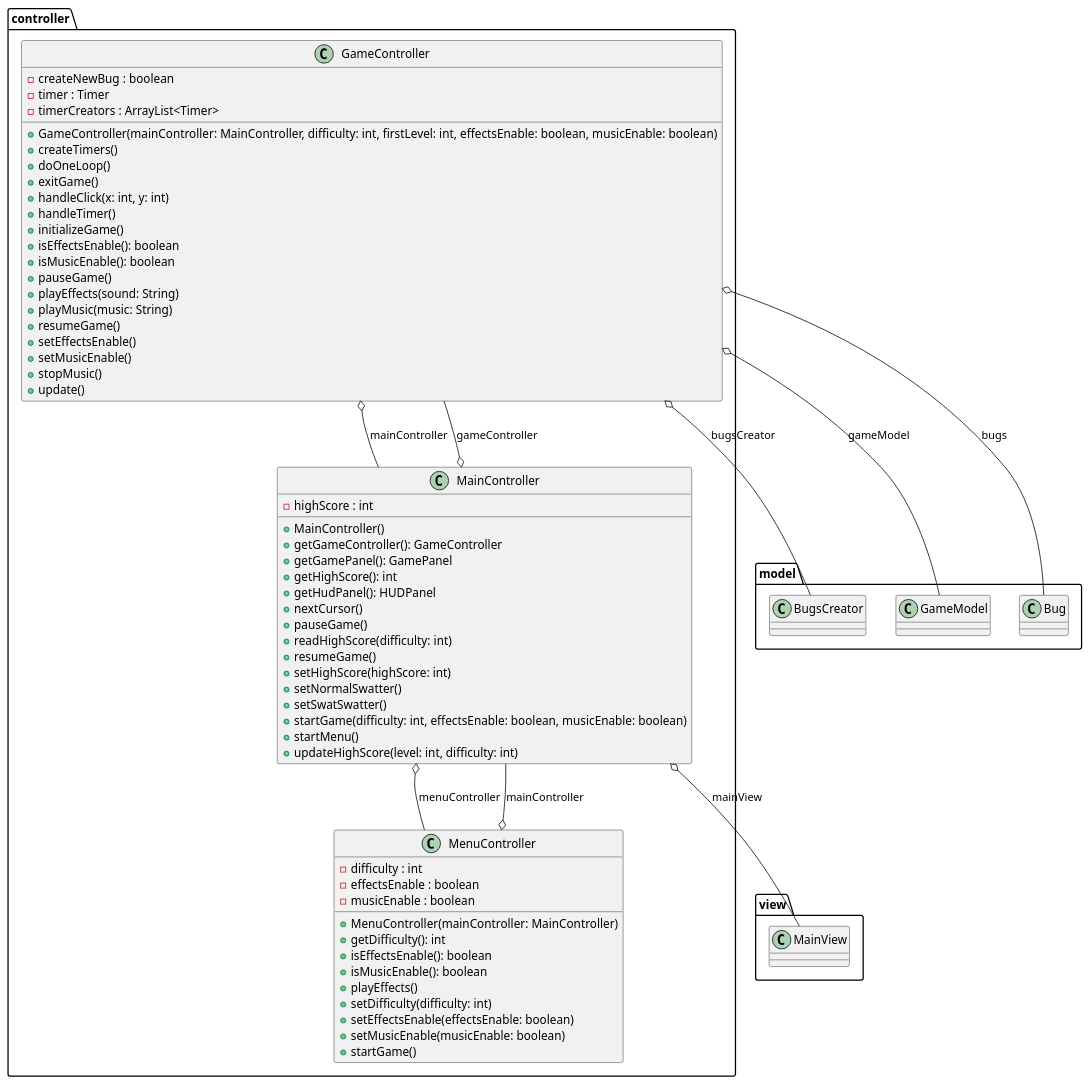
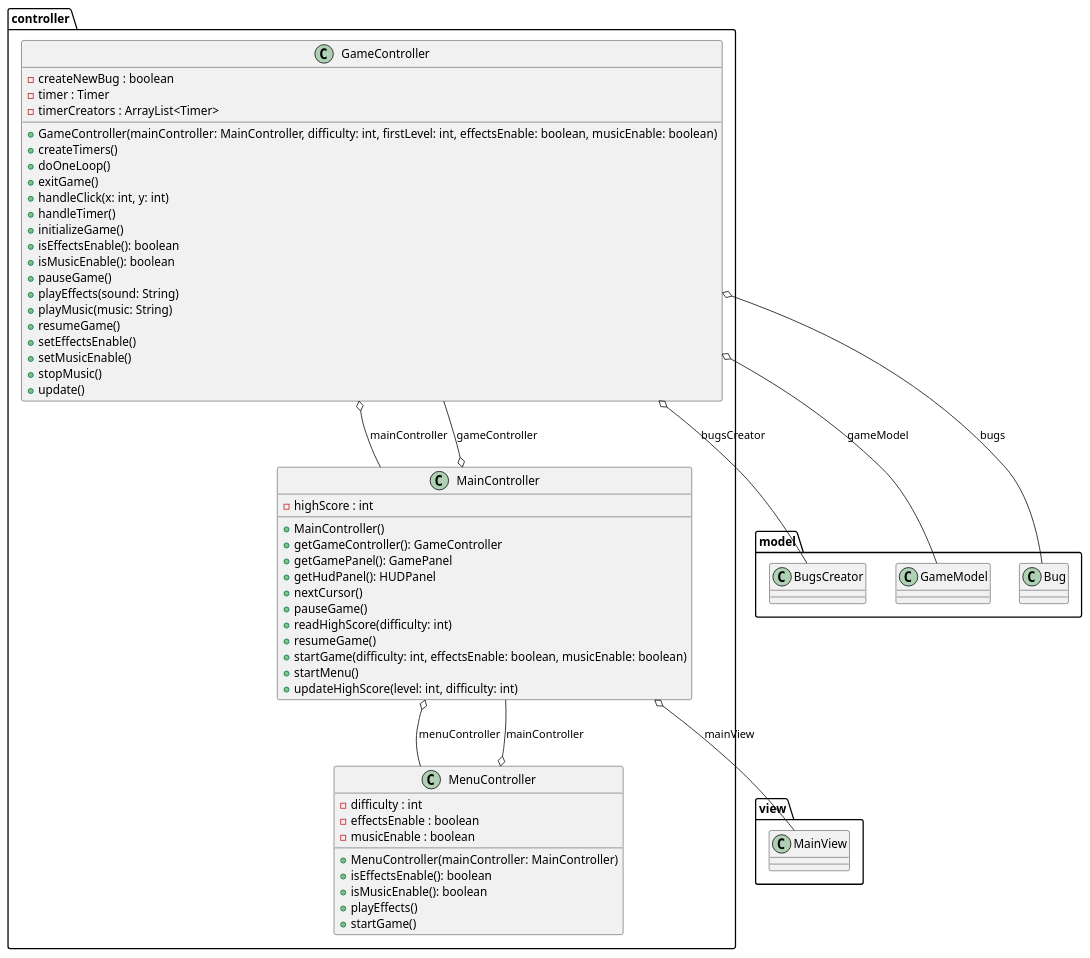
One commit to lcintini/JFlySwatter changed the diagram in out/production/JFlySwatter/controller/controller.plantuml. Above: the diagram before and after it, drawn with PlantUML. The commit also changed 54 other files, not shown here.

```diff
--- a/out/production/JFlySwatter/controller/controller.plantuml
+++ b/out/production/JFlySwatter/controller/controller.plantuml
@@ -1,81 +1,73 @@
 @startuml
 
 namespace controller {
       class controller.GameController {
           - createNewBug : boolean
           - timer : Timer
           - timerCreators : ArrayList<Timer>
           + GameController(mainController: MainController, difficulty: int, firstLevel: int, effectsEnable: boolean, musicEnable: boolean)
           + createTimers()
           + doOneLoop()
           + exitGame()
           + handleClick(x: int, y: int)
           + handleTimer()
           + initializeGame()
           + isEffectsEnable(): boolean
           + isMusicEnable(): boolean
           + pauseGame()
           + playEffects(sound: String)
           + playMusic(music: String)
           + resumeGame()
           + setEffectsEnable()
           + setMusicEnable()
           + stopMusic()
           + update()
       }
     }
   
 
  namespace controller {
       class controller.MainController {
           - highScore : int
           + MainController()
           + getGameController(): GameController
           + getGamePanel(): GamePanel
-          + getHighScore(): int
           + getHudPanel(): HUDPanel
           + nextCursor()
           + pauseGame()
           + readHighScore(difficulty: int)
           + resumeGame()
-          + setHighScore(highScore: int)
-          + setNormalSwatter()
-          + setSwatSwatter()
           + startGame(difficulty: int, effectsEnable: boolean, musicEnable: boolean)
           + startMenu()
           + updateHighScore(level: int, difficulty: int)
       }
     }
   
 
   namespace controller {
       class controller.MenuController {
           - difficulty : int
           - effectsEnable : boolean
           - musicEnable : boolean
           + MenuController(mainController: MainController)
-          + getDifficulty(): int
           + isEffectsEnable(): boolean
           + isMusicEnable(): boolean
           + playEffects()
-          + setDifficulty(difficulty: int)
-          + setEffectsEnable(effectsEnable: boolean)
-          + setMusicEnable(musicEnable: boolean)
           + startGame()
       }
     }
   
 
   controller.GameController o-- model.BugsCreator : bugsCreator
   controller.GameController o-- model.GameModel : gameModel
   controller.GameController o-- model.Bug : bugs
   controller.GameController o-- controller.MainController : mainController
   controller.MainController o-- controller.GameController : gameController
   controller.MainController o-- view.MainView : mainView
   controller.MainController o-- controller.MenuController : menuController
   controller.MenuController o-- controller.MainController : mainController
 
 
 
 
 @enduml
```
